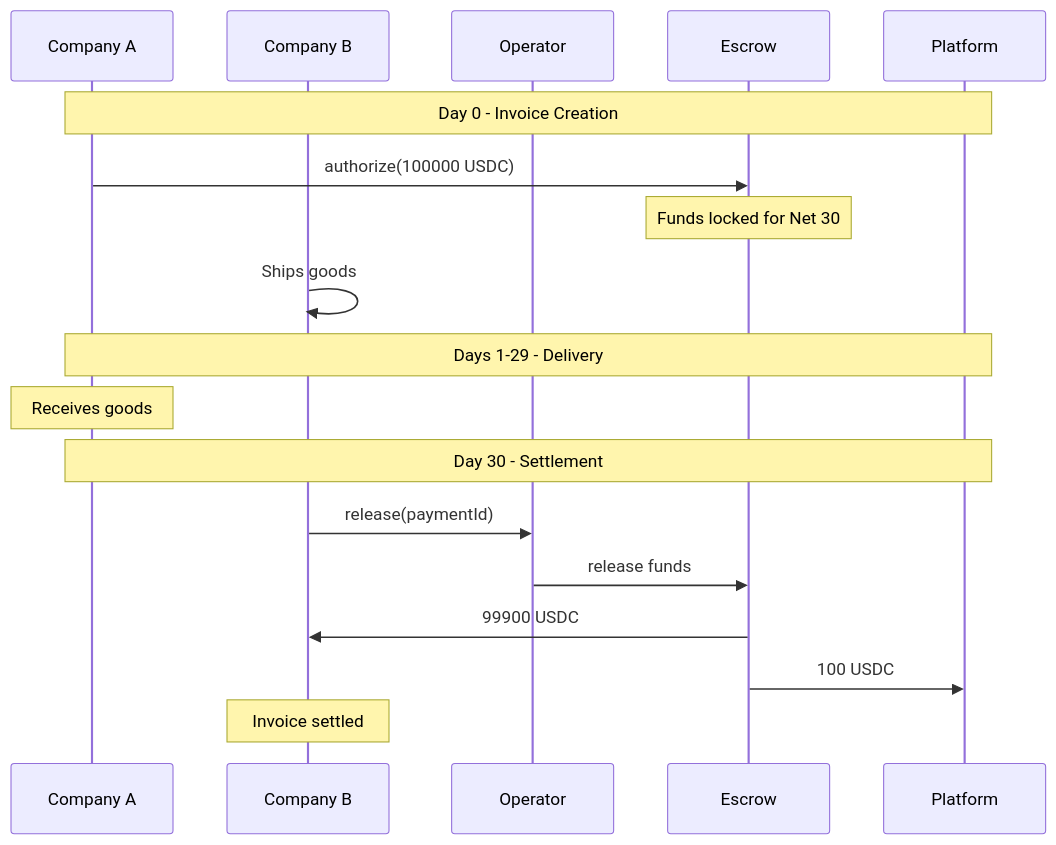
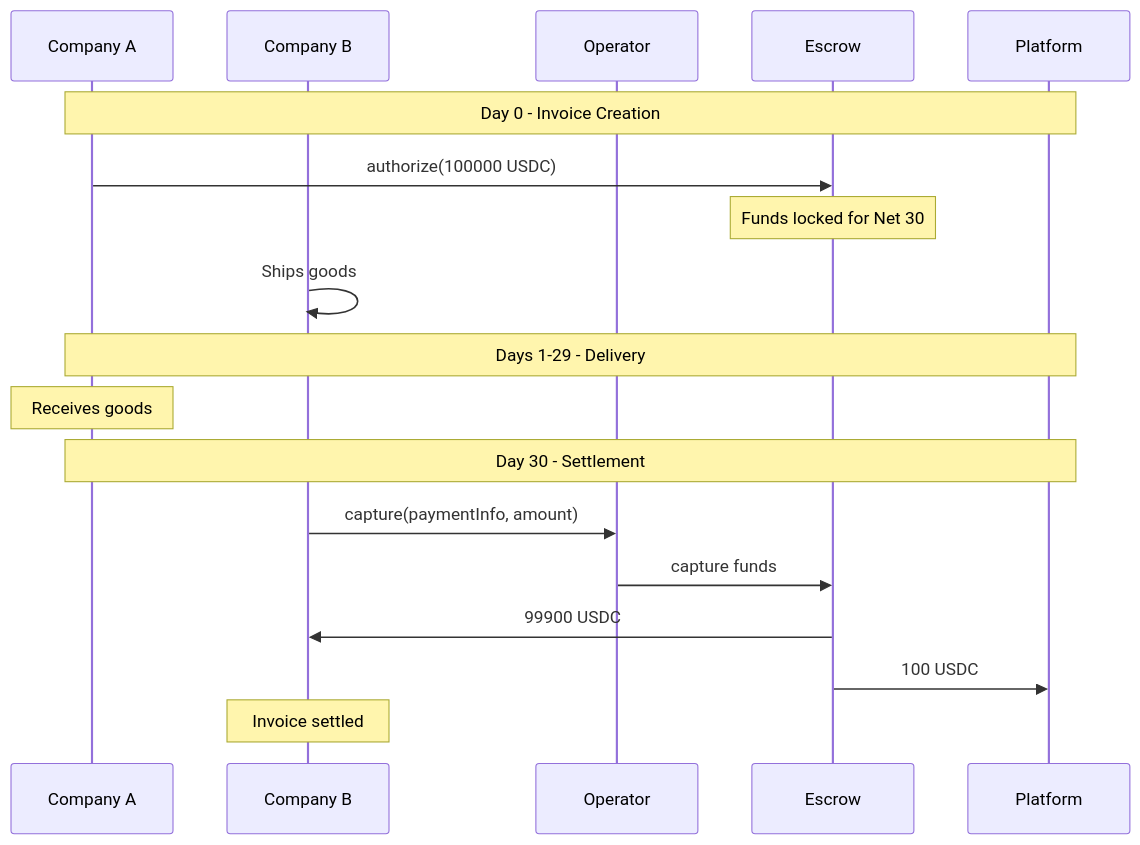
The eighth of 8 diagrams in contracts/examples.mdx (BackTrackCo/docs), drawn with Mermaid before and after one commit. The commit also changed other lines of this file and 78 other files, not shown here.

````diff
--- a/contracts/examples.mdx
+++ b/contracts/examples.mdx
@@ -687,23 +682,23 @@
 ```mermaid
 sequenceDiagram
     participant CompanyA as Company A
     participant CompanyB as Company B
     participant Operator
     participant Escrow
     participant Platform
 
     Note over CompanyA,Platform: Day 0 - Invoice Creation
     CompanyA->>Escrow: authorize(100000 USDC)
     Note over Escrow: Funds locked for Net 30
     CompanyB->>CompanyB: Ships goods
 
     Note over CompanyA,Platform: Days 1-29 - Delivery
     Note over CompanyA: Receives goods
 
     Note over CompanyA,Platform: Day 30 - Settlement
-    CompanyB->>Operator: release(paymentId)
-    Operator->>Escrow: release funds
+    CompanyB->>Operator: capture(paymentInfo, amount)
+    Operator->>Escrow: capture funds
     Escrow->>CompanyB: 99900 USDC
     Escrow->>Platform: 100 USDC
     Note over CompanyB: Invoice settled
 ```
````
